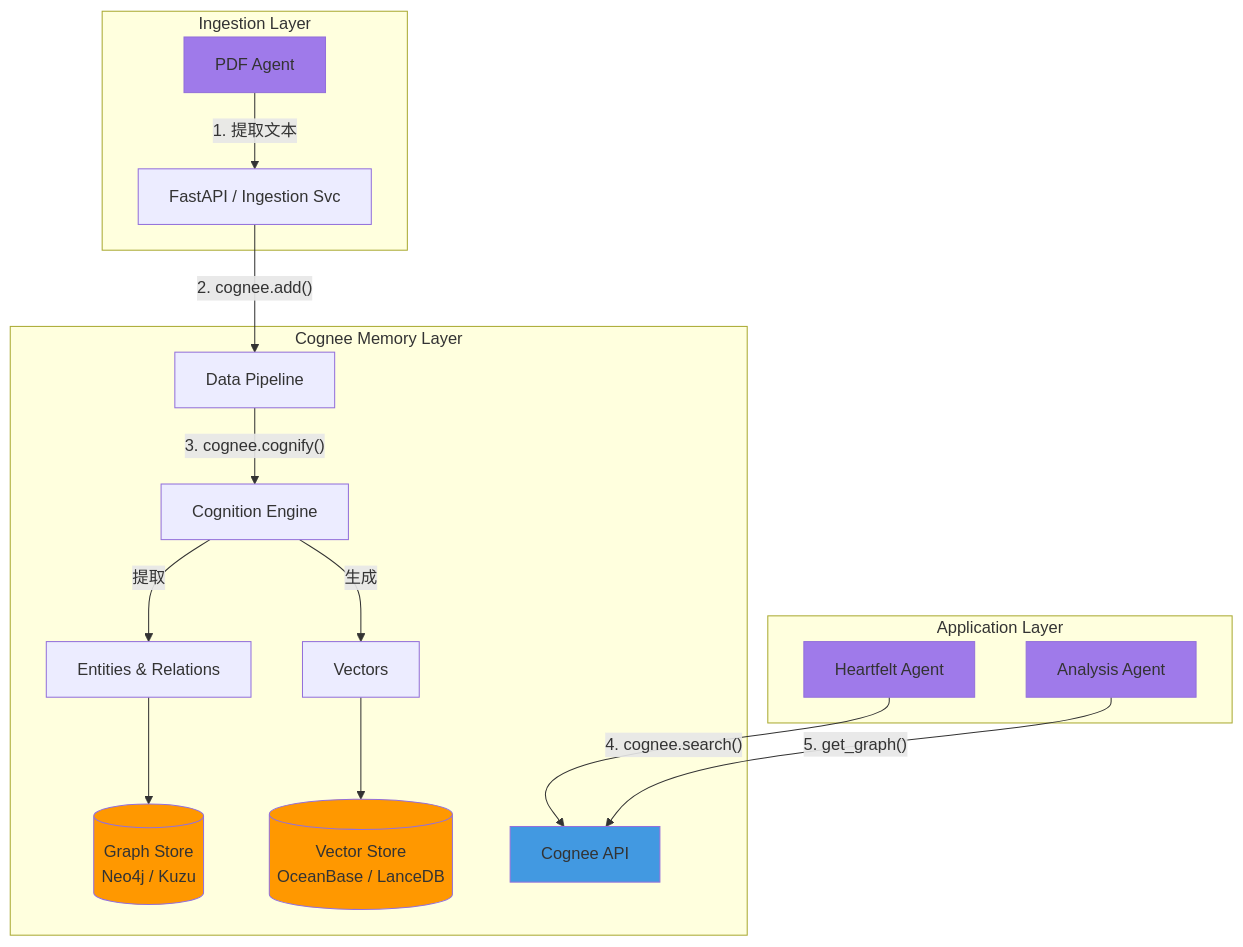
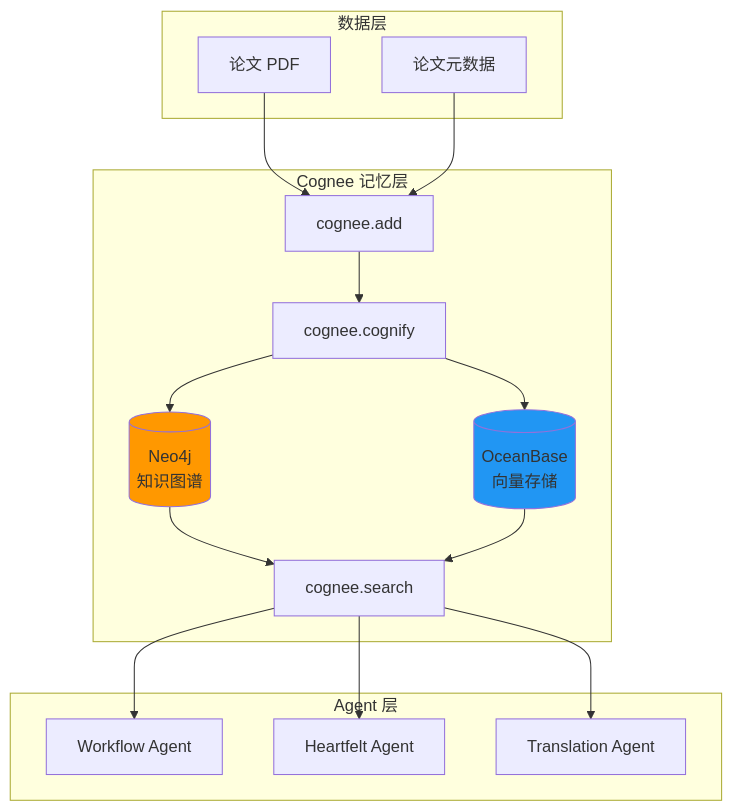
One commit to ThreeFish-AI/agentic-ai-cognizes changed the fifth of 6 diagrams in docs/research/001-cognee.md. Above: the diagram before and after it, drawn with Mermaid. The commit also changed other lines of this file and 1 other file, not shown here.

First line of the commit message:
feat(Cognee): 完成Cognee深度调研报告并优化任务组织;

````diff
--- a/docs/research/001-cognee.md
+++ b/docs/research/001-cognee.md
@@ -29,31 +507,34 @@
 ```mermaid
-graph TD
-    subgraph "Ingestion Layer"
-        A[PDF Agent] -->|1. 提取文本| B[FastAPI / Ingestion Svc]
+flowchart TB
+    subgraph "数据层"
+        Papers[论文 PDF]
+        Meta[论文元数据]
     end
 
-    subgraph "Cognee Memory Layer"
-        B -->|"2. cognee.add()"| C[Data Pipeline]
-        C -->|"3. cognee.cognify()"| D[Cognition Engine]
+    subgraph "Cognee 记忆层"
+        Add[cognee.add]
+        Cognify[cognee.cognify]
+        Search[cognee.search]
 
-        D -->|提取| E["Entities & Relations"]
-        D -->|生成| F[Vectors]
-
-        E --> G[(Graph Store\nNeo4j / Kuzu)]
-        F --> H[(Vector Store\nOceanBase / LanceDB)]
-
-        I[Cognee API]
+        Add --> Cognify
+        Cognify --> Neo[(Neo4j<br/>知识图谱)]
+        Cognify --> OB[(OceanBase<br/>向量存储)]
+        Neo --> Search
+        OB --> Search
     end
 
-    subgraph "Application Layer"
-        J[Heartfelt Agent] -->|"4. cognee.search()"| I
-        K[Analysis Agent] -->|"5. get_graph()"| I
+    subgraph "Agent 层"
+        WA[Workflow Agent]
+        HA[Heartfelt Agent]
+        TA[Translation Agent]
     end
 
-    style A fill:#9f7aea
-    style J fill:#9f7aea
-    style K fill:#9f7aea
-    style G fill:#FF9800
-    style H fill:#FF9800
-    style I fill:#4299e1
+    Papers --> Add
+    Meta --> Add
+    Search --> WA
+    Search --> HA
+    Search --> TA
+
+    style Neo fill:#FF9800
+    style OB fill:#2196F3
 ```
````
